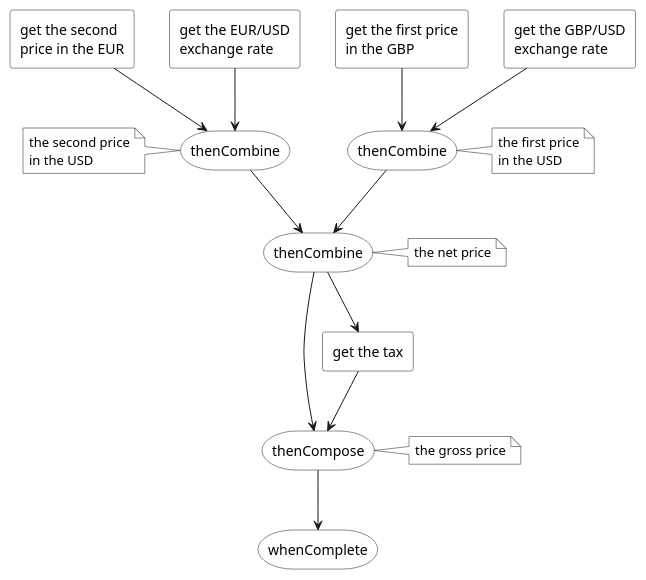
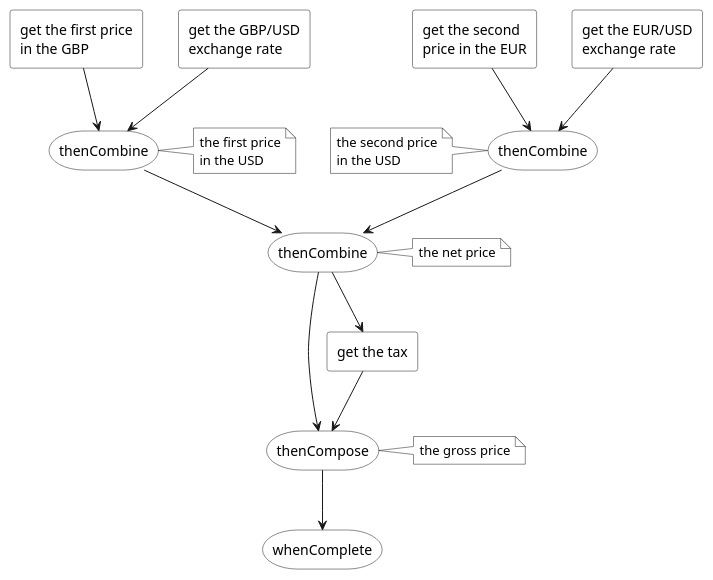
Before and after one commit to ti-cortex-m4/demo-java-completablefuture: the diagram in images/CompletableFuture API example.puml, drawn with PlantUML. The commit also changed other lines of this file and 6 other files, not shown here.

```diff
--- a/images/CompletableFuture API example.puml
+++ b/images/CompletableFuture API example.puml
@@ -1,48 +1,48 @@
 @startuml
 
 scale 1.0
 skinparam monochrome true
 skinparam RectangleBackgroundColor white
 skinparam StorageBackgroundColor white
 skinparam NoteBackgroundColor white
 
+rectangle "get the second\nprice in the EUR" as step4
+rectangle "get the EUR/USD\nexchange rate" as step5
+storage  "thenCombine" as step6
+note left of step6: the second price\nin the USD
+
 rectangle "get the first price\nin the GBP" as step1
 rectangle "get the GBP/USD\nexchange rate" as step2
 storage  "thenCombine" as step3
 note right of step3: the first price\nin the USD
-
-rectangle "get the second\nprice in the EUR" as step4
-rectangle "get the EUR/USD\nexchange rate" as step5
-storage  "thenCombine" as step6
-note left of step6: the second price\nin the USD
 
 storage  "thenCombine" as step7
 note right of step7: the net price
 
 rectangle "get the tax" as step7b
 
 storage  "thenCompose" as step8
 note right of step8: the gross price
 
 storage  "whenComplete" as step9
 
 step1 --> step3
 step2 --> step3
 
 step4 --> step6
 step5 --> step6
 
 step3 --> step7
 step6 --> step7
 
 step7 --> step7b
 step7 --> step8
 step7b --> step8
 
 step8 --> step9
 'step3 -[dashed]-> step9
 'step6 -[dashed]-> step9
 'step7 -[dashed]-> step9
 'step8 -[dashed]-> step9
 
 @enduml
```
